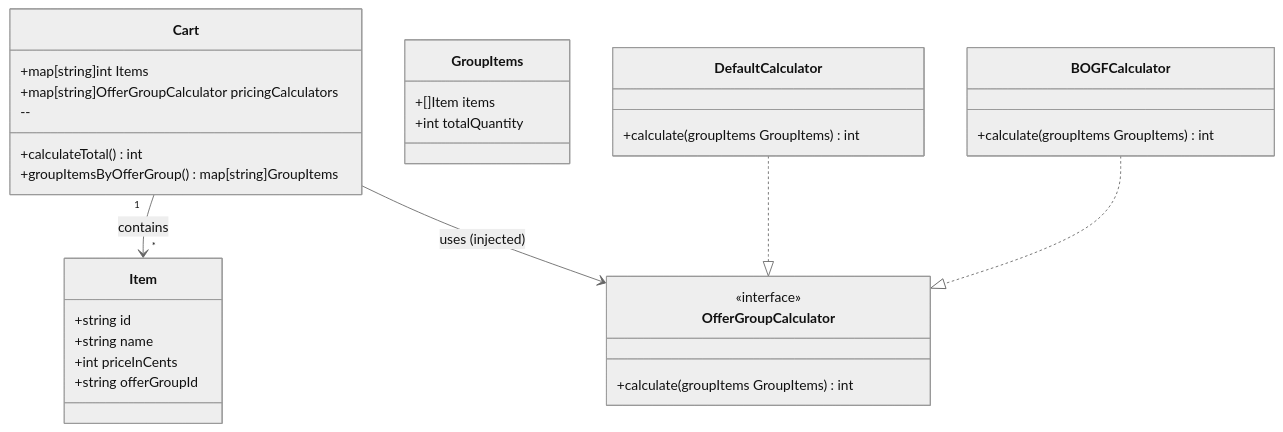
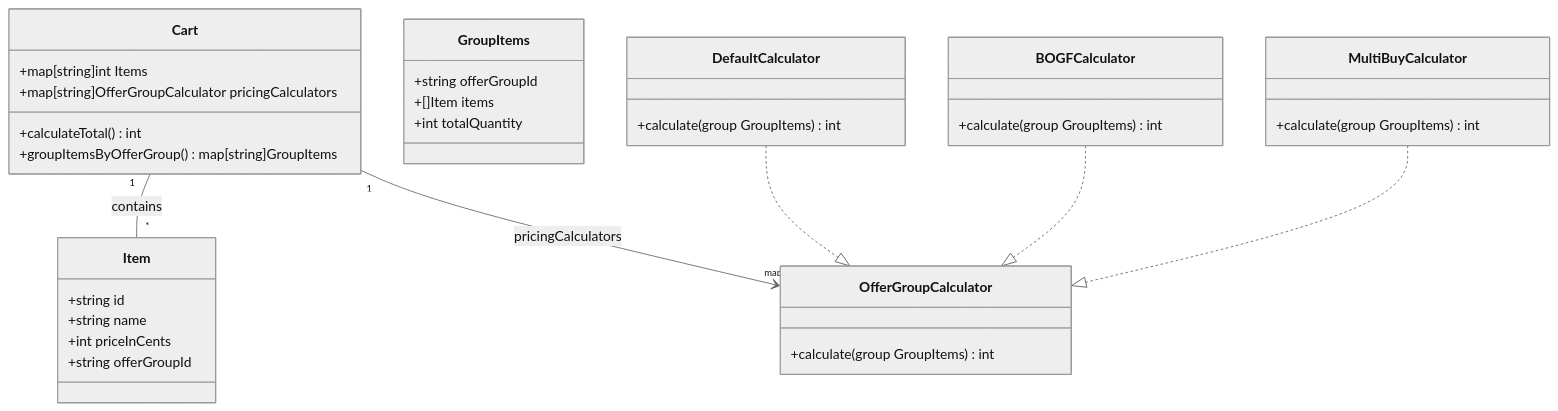
Before and after one commit to rianfowler/go-katas: the second of 3 diagrams in kata01/README.md, drawn with Mermaid (neutral theme). The commit also changed other lines of this file, not shown here.

Commit message:
update diagrams

````diff
--- a/kata01/README.md
+++ b/kata01/README.md
@@ -36,41 +36,45 @@
 ```mermaid
 classDiagram
     class Cart {
       +map[string]int Items
       +map[string]OfferGroupCalculator pricingCalculators
       +calculateTotal() int
-      --
       +groupItemsByOfferGroup() map[string]GroupItems
     }
 
     class Item {
       +string id
       +string name
       +int priceInCents
       +string offerGroupId
     }
 
-    %% Represents a group of items from the cart after grouping.
     class GroupItems {
+      +string offerGroupId
       +[]Item items
       +int totalQuantity
     }
 
     class OfferGroupCalculator {
-      <<interface>>
-      +calculate(groupItems GroupItems) int
+      +calculate(group GroupItems) int
     }
 
     class DefaultCalculator {
-      +calculate(groupItems GroupItems) int
+      +calculate(group GroupItems) int
     }
 
     class BOGFCalculator {
-      +calculate(groupItems GroupItems) int
+      +calculate(group GroupItems) int
     }
 
-    Cart "1" --> "*" Item : contains
-    Cart --> OfferGroupCalculator : uses (injected)
+    class MultiBuyCalculator {
+      +calculate(group GroupItems) int
+    }
+
+    Cart "1" -- "*" Item : contains
+    Cart "1" --> "map" OfferGroupCalculator : pricingCalculators
     DefaultCalculator ..|> OfferGroupCalculator
     BOGFCalculator ..|> OfferGroupCalculator
+    MultiBuyCalculator ..|> OfferGroupCalculator
+
 ```
````
